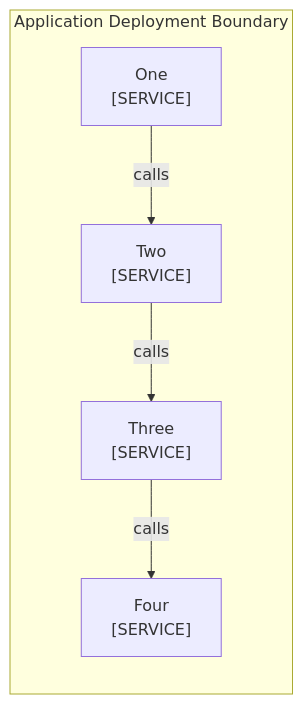
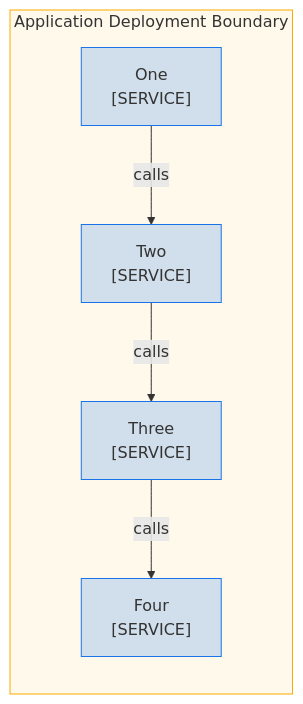
Before and after one commit to choonchernlim/skills: the diagram in skills/docsmith/scripts/fixtures/bad/mmd-boundary-width.md, drawn with Mermaid. The commit also changed other lines of this file and 47 other files, not shown here.

First line of the commit message:
feat(docsmith): require owner colors, sequence owner bands, and docs domain folders

````diff
--- a/skills/docsmith/scripts/fixtures/bad/mmd-boundary-width.md
+++ b/skills/docsmith/scripts/fixtures/bad/mmd-boundary-width.md
@@ -12,13 +12,18 @@
 ```mermaid
 graph TD
   subgraph App["Application Deployment Boundary"]
     direction TB
     One["One<br/>[SERVICE]"]
     Two["Two<br/>[SERVICE]"]
     Three["Three<br/>[SERVICE]"]
     Four["Four<br/>[SERVICE]"]
   end
   One -->|"calls"| Two
   Two -->|"calls"| Three
   Three -->|"calls"| Four
+
+  class One,Two,Three,Four own
+  class App boundary
+  classDef own fill:#1a73e833,stroke:#1a73e8
+  classDef boundary fill:#f9ab0014,stroke:#f9ab00
 ```
````
